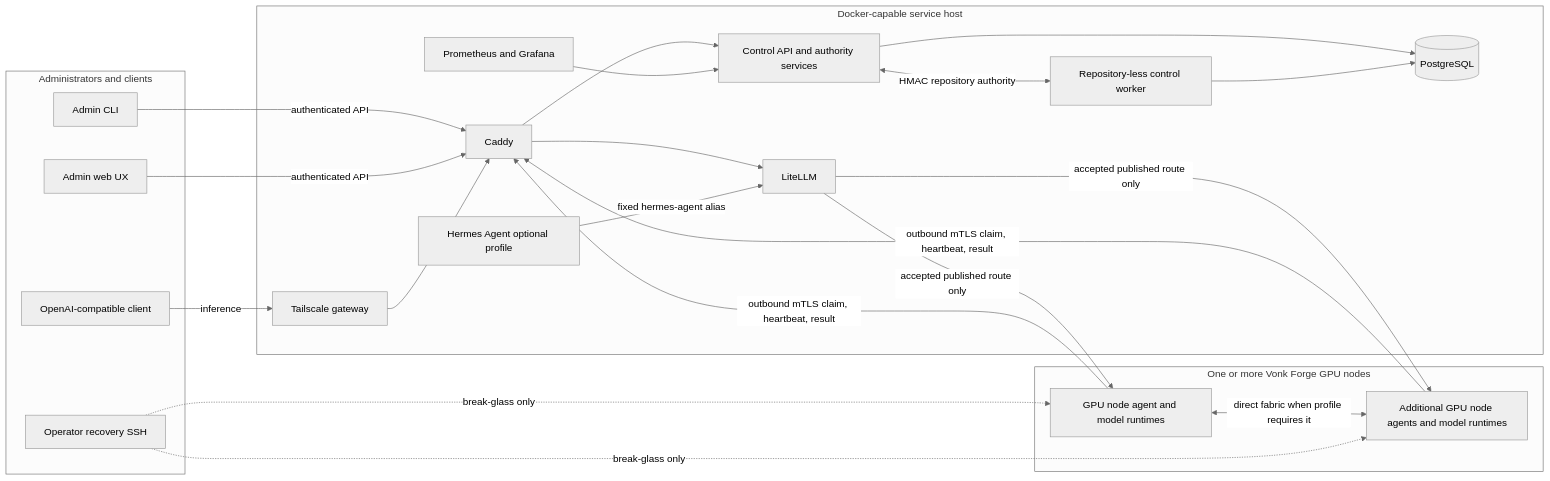
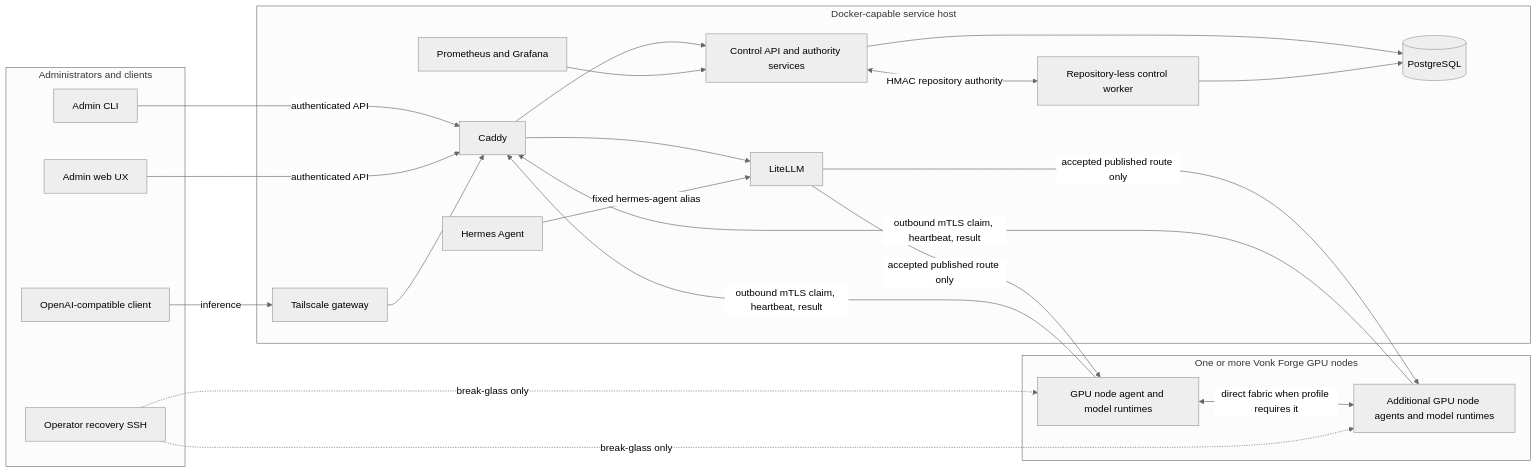
One commit to CarstVaartjes/DGX-Forge changed the diagram in docs/architecture-overview.md. Above: the diagram before and after it, drawn with Mermaid (neutral theme). The commit also changed other lines of this file and 90 other files, not shown here.

````diff
--- a/docs/architecture-overview.md
+++ b/docs/architecture-overview.md
@@ -13,42 +13,42 @@
 ```mermaid
 flowchart LR
     subgraph users[Administrators and clients]
         cli[Admin CLI]
         web[Admin web UX]
         client[OpenAI-compatible client]
         operator[Operator recovery SSH]
     end
 
     subgraph host[Docker-capable service host]
         tailscale[Tailscale gateway]
         caddy[Caddy]
         api[Control API and authority services]
         worker[Repository-less control worker]
         db[(PostgreSQL)]
         litellm[LiteLLM]
-        hermes[Hermes Agent optional profile]
+        hermes[Hermes Agent]
         telemetry[Prometheus and Grafana]
     end
 
     subgraph nodes[One or more Vonk Forge GPU nodes]
         s1[GPU node agent and model runtimes]
         sn[Additional GPU node agents and model runtimes]
     end
 
     cli -->|authenticated API| caddy
     web -->|authenticated API| caddy
     client -->|inference| tailscale --> caddy --> litellm
     caddy --> api
     api --> db
     worker --> db
     api <-->|HMAC repository authority| worker
     hermes -->|fixed hermes-agent alias| litellm
     telemetry --> api
     litellm -->|accepted published route only| s1
     litellm -->|accepted published route only| sn
     s1 -->|outbound mTLS claim, heartbeat, result| caddy
     sn -->|outbound mTLS claim, heartbeat, result| caddy
     s1 <-->|direct fabric when profile requires it| sn
     operator -. break-glass only .-> s1
     operator -. break-glass only .-> sn
 ```
````
